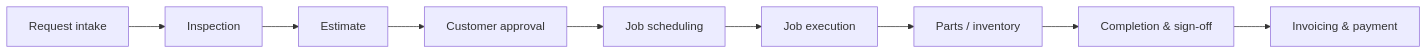
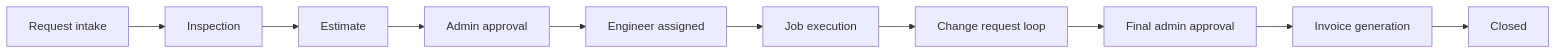
One commit to osforhsoftware/Medical-Equipment-Service-Management changed the diagram in PROJECT_WORKFLOWS_ROLES_FEATURES.md. Above: the diagram before and after it, drawn with Mermaid. The commit also changed other lines of this file and 175 other files, not shown here.

````diff
--- a/PROJECT_WORKFLOWS_ROLES_FEATURES.md
+++ b/PROJECT_WORKFLOWS_ROLES_FEATURES.md
@@ -35,11 +36,12 @@
 ```mermaid
 flowchart LR
   A[Request intake] --> B[Inspection]
   B --> C[Estimate]
-  C --> D[Customer approval]
-  D --> E[Job scheduling]
+  C --> D[Admin approval]
+  D --> E[Engineer assigned]
   E --> F[Job execution]
-  F --> G[Parts / inventory]
-  G --> H[Completion & sign-off]
-  H --> I[Invoicing & payment]
+  F --> G[Change request loop]
+  G --> H[Final admin approval]
+  H --> I[Invoice generation]
+  I --> J[Closed]
 ```
````
